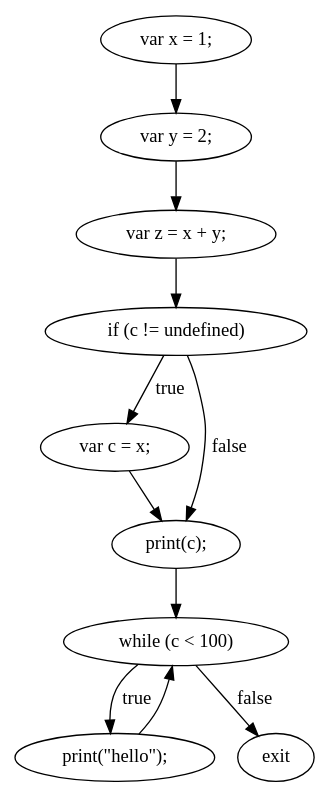
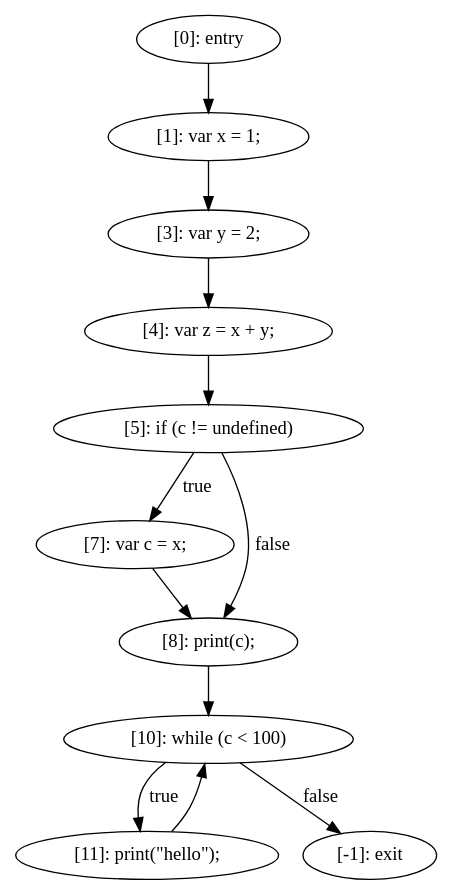
One commit to Shoreray/JsRetest changed the diagram in JsRetest/jsTests/dotFiles/testLabeledStatement.js.0.dot. Above: the diagram before and after it, drawn with Graphviz. The commit also changed 236 other files, not shown here.

```diff
--- a/JsRetest/jsTests/dotFiles/testLabeledStatement.js.0.dot
+++ b/JsRetest/jsTests/dotFiles/testLabeledStatement.js.0.dot
@@ -1,21 +1,23 @@
 digraph {
-"0" [label="var z = x + y;\n"] 
-"1" [label="var y = 2;\n"] 
-"2" [label="var c = x;\n"] 
-"3" [label="while (c < 100) "] 
-"4" [label="print(c);\n"] 
-"5" [label="if (c != undefined) "] 
-"6" [label="var x = 1;\n"] 
-"7" [label="print(\"hello\");\n"] 
-"8" [label="exit"] 
-"0" -> "5" [label=""] 
-"1" -> "0" [label=""] 
-"2" -> "4" [label=""] 
-"3" -> "8" [label="false"] 
-"3" -> "7" [label="true"] 
-"4" -> "3" [label=""] 
-"5" -> "2" [label="true"] 
-"5" -> "4" [label="false"] 
-"6" -> "1" [label=""] 
-"7" -> "3" [label=""] 
+"0" [label="[7]: var c = x;\n"] 
+"1" [label="[4]: var z = x + y;\n"] 
+"2" [label="[0]: entry"] 
+"3" [label="[11]: print(\"hello\");\n"] 
+"4" [label="[10]: while (c < 100) "] 
+"5" [label="[5]: if (c != undefined) "] 
+"6" [label="[8]: print(c);\n"] 
+"7" [label="[-1]: exit"] 
+"8" [label="[3]: var y = 2;\n"] 
+"9" [label="[1]: var x = 1;\n"] 
+"0" -> "6" [label=""] 
+"1" -> "5" [label=""] 
+"2" -> "9" [label=""] 
+"3" -> "4" [label=""] 
+"4" -> "7" [label="false"] 
+"4" -> "3" [label="true"] 
+"5" -> "0" [label="true"] 
+"5" -> "6" [label="false"] 
+"6" -> "4" [label=""] 
+"8" -> "1" [label=""] 
+"9" -> "8" [label=""] 
 }
```
